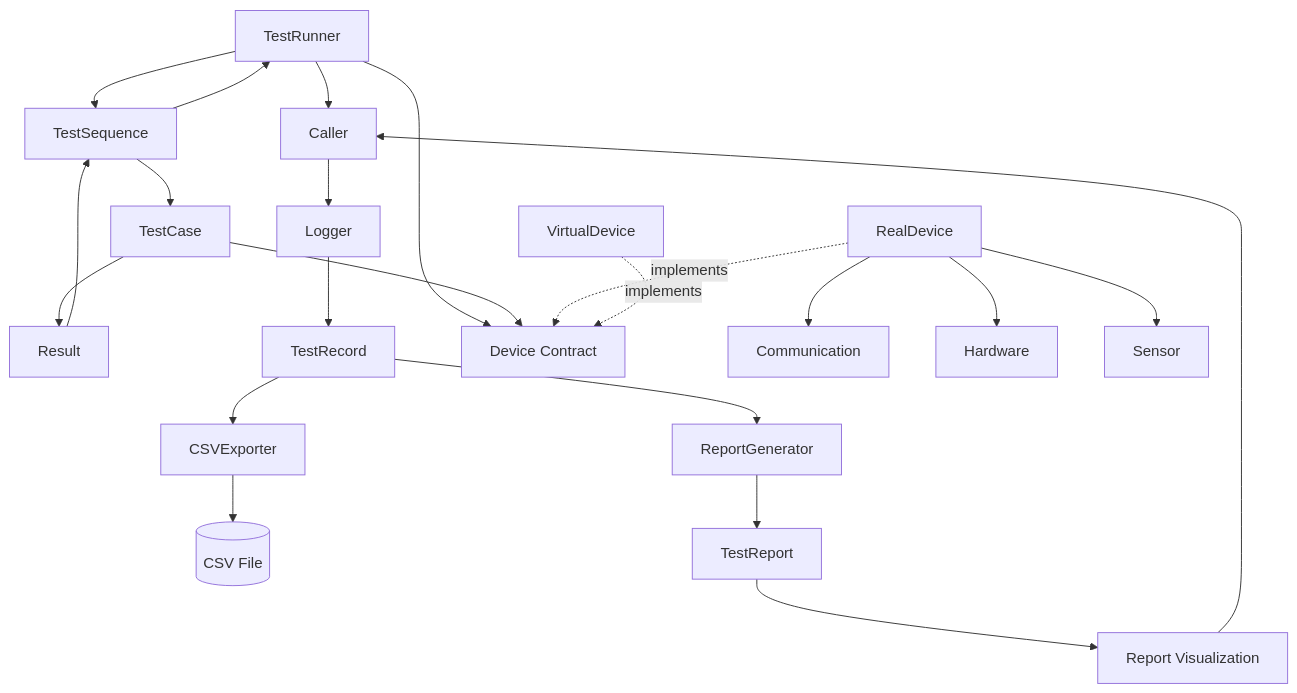
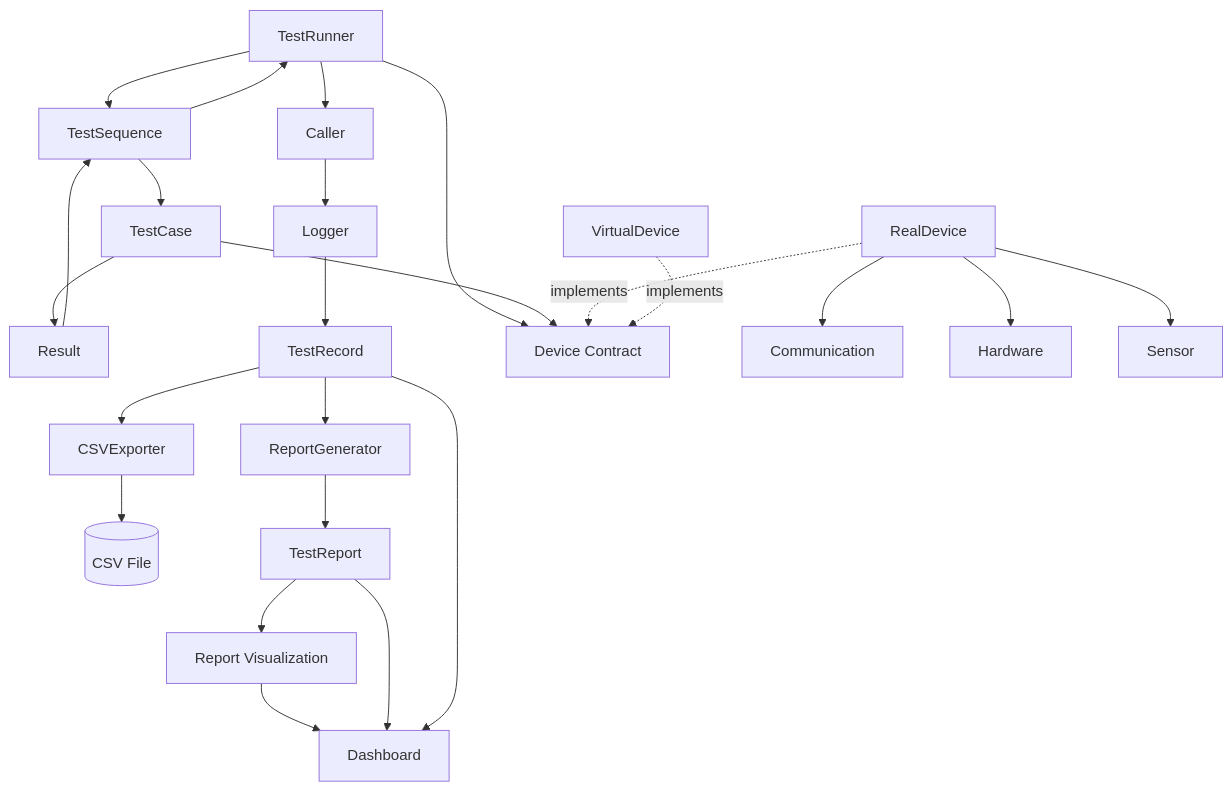
One commit to chengyeyang/hybrid-reliability-lab changed the first of 2 diagrams in docs/architecture.md. Above: the diagram before and after it, drawn with Mermaid. The commit also changed other lines of this file and 2 other files, not shown here.

First line of the commit message:
Build Test Dashboard MVP. Close #17

````diff
--- a/docs/architecture.md
+++ b/docs/architecture.md
@@ -139,58 +151,52 @@
 ```mermaid
 flowchart TD
     TR[TestRunner]
     TS[TestSequence]
     TC[TestCase]
     RES[Result]
     CALLER[Caller]
-
     LOG[Logger]
     TREC[TestRecord]
-
     EXP[CSVExporter]
     CSV[(CSV File)]
-
     RGEN[ReportGenerator]
     RPT[TestReport]
-
     VIS[Report Visualization]
-
+    DASH[Dashboard]
     DEV[Device Contract]
     REAL[RealDevice]
     VIRTUAL[VirtualDevice]
-
     COM[Communication]
     HW[Hardware]
     SEN[Sensor]
 
     TR --> TS
     TR --> DEV
-
     TS --> TC
-
     TC --> DEV
     TC --> RES
-
     RES --> TS
     TS --> TR
     TR --> CALLER
 
     CALLER --> LOG
     LOG --> TREC
 
     TREC --> EXP
     EXP --> CSV
 
     TREC --> RGEN
     RGEN --> RPT
 
     RPT --> VIS
-    VIS --> CALLER
+    VIS --> DASH
+
+    RPT --> DASH
+    TREC --> DASH
 
     REAL -. implements .-> DEV
     VIRTUAL -. implements .-> DEV
-
     REAL --> COM
     REAL --> HW
     REAL --> SEN
 ```
````
